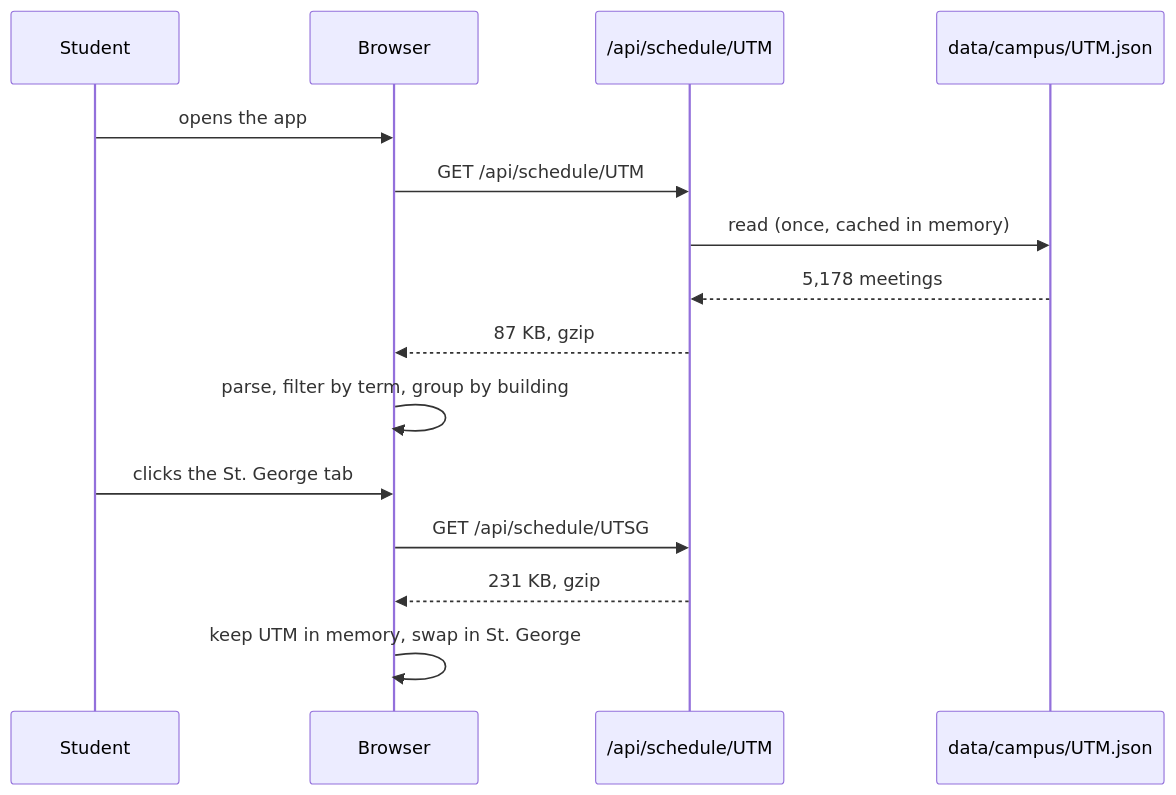
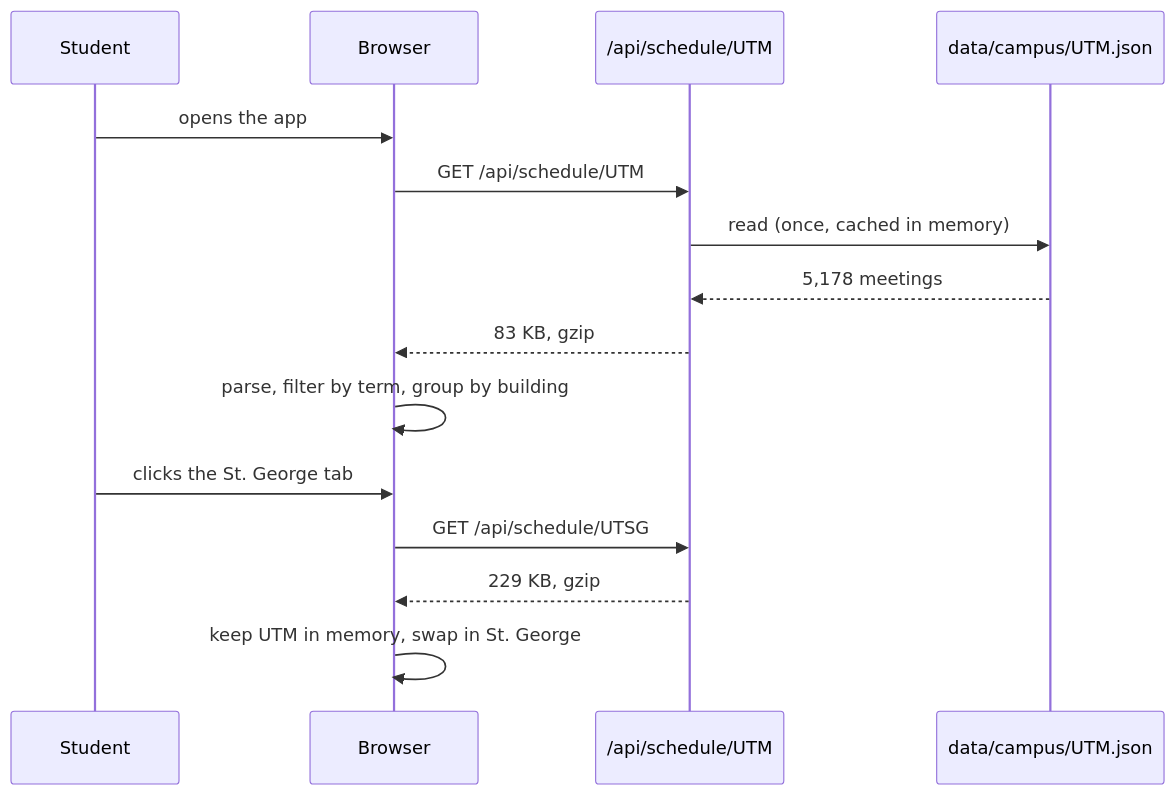
Before and after one commit to Adz1x/class_finder: the diagram in docs/ARCHITECTURE.md, drawn with Mermaid. The commit also changed other lines of this file and 10 other files, not shown here.

````diff
--- a/docs/ARCHITECTURE.md
+++ b/docs/ARCHITECTURE.md
@@ -72,18 +75,18 @@
 ```mermaid
 sequenceDiagram
     participant U as Student
     participant B as Browser
     participant R as /api/schedule/UTM
     participant D as data/campus/UTM.json
 
     U->>B: opens the app
     B->>R: GET /api/schedule/UTM
     R->>D: read (once, cached in memory)
     D-->>R: 5,178 meetings
-    R-->>B: 87 KB, gzip
+    R-->>B: 83 KB, gzip
     B->>B: parse, filter by term, group by building
     U->>B: clicks the St. George tab
     B->>R: GET /api/schedule/UTSG
-    R-->>B: 231 KB, gzip
+    R-->>B: 229 KB, gzip
     B->>B: keep UTM in memory, swap in St. George
 ```
````
